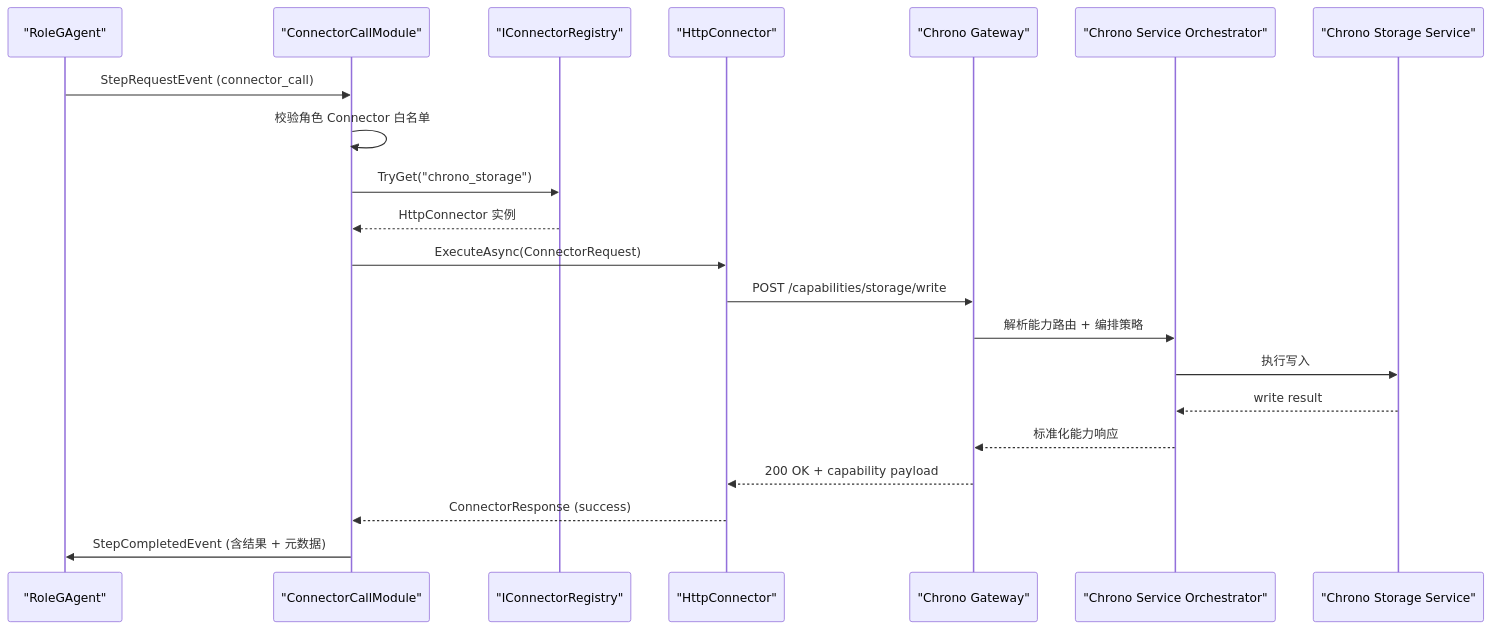
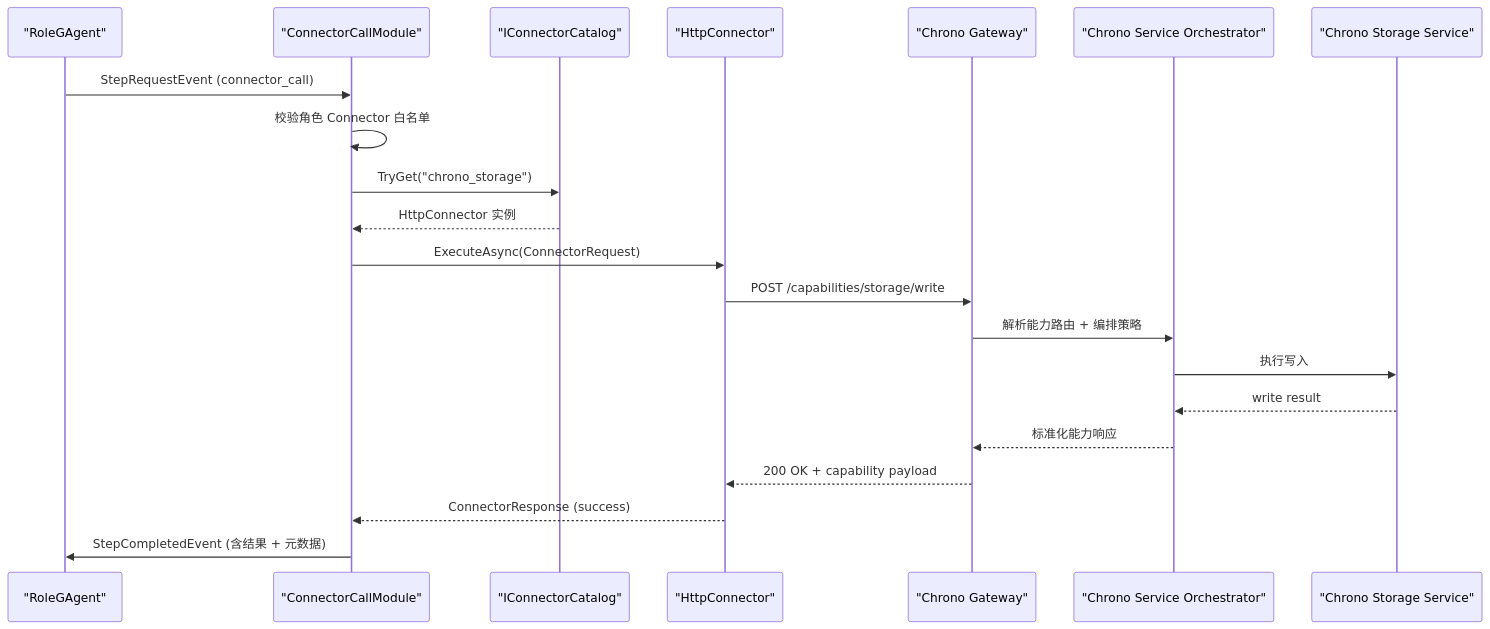
One commit to aevatarAI/aevatar changed the ninth of 19 diagrams in docs/architecture/AEVATAR_MAINNET_ARCHITECTURE.md. Above: the diagram before and after it, drawn with Mermaid. The commit also changed other lines of this file and 68 other files, not shown here.

````diff
--- a/docs/architecture/AEVATAR_MAINNET_ARCHITECTURE.md
+++ b/docs/architecture/AEVATAR_MAINNET_ARCHITECTURE.md
@@ -475,25 +475,25 @@
 ```mermaid
 %%{init: {"maxTextSize": 100000, "sequence": {"useMaxWidth": false}, "themeVariables": {"fontSize": "10px"}}}%%
 sequenceDiagram
     participant Agent as "RoleGAgent"
     participant Module as "ConnectorCallModule"
-    participant Registry as "IConnectorRegistry"
+    participant Registry as "IConnectorCatalog"
     participant HTTP as "HttpConnector"
     participant Chrono as "Chrono Gateway"
     participant Orchestrator as "Chrono Service Orchestrator"
     participant Storage as "Chrono Storage Service"
 
     Agent->>Module: StepRequestEvent (connector_call)
     Module->>Module: 校验角色 Connector 白名单
     Module->>Registry: TryGet("chrono_storage")
     Registry-->>Module: HttpConnector 实例
     Module->>HTTP: ExecuteAsync(ConnectorRequest)
     HTTP->>Chrono: POST /capabilities/storage/write
     Chrono->>Orchestrator: 解析能力路由 + 编排策略
     Orchestrator->>Storage: 执行写入
     Storage-->>Orchestrator: write result
     Orchestrator-->>Chrono: 标准化能力响应
     Chrono-->>HTTP: 200 OK + capability payload
     HTTP-->>Module: ConnectorResponse (success)
     Module->>Agent: StepCompletedEvent (含结果 + 元数据)
 ```
````
